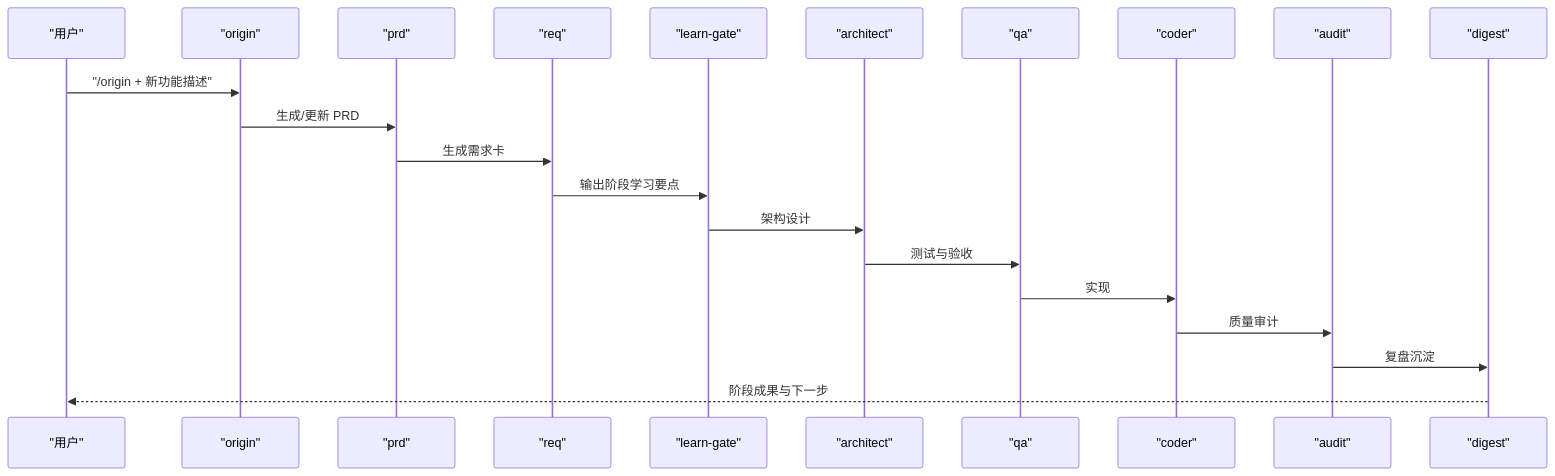
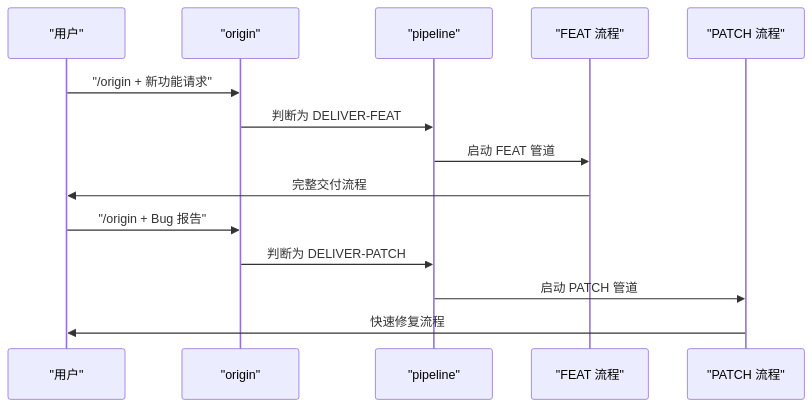
The fifth of 6 diagrams in .qoder/repowiki/zh/content/快速开始.md (CryptoLinxu/Web3-AI-Agent), drawn with Mermaid before and after one commit. The commit also changed other lines of this file and 15 other files, not shown here.

````diff
--- a/.qoder/repowiki/zh/content/快速开始.md
+++ b/.qoder/repowiki/zh/content/快速开始.md
@@ -245,23 +241,16 @@
 ```mermaid
 sequenceDiagram
 participant U as "用户"
 participant ORG as "origin"
-participant PRD as "prd"
-participant REQ as "req"
-participant LG as "learn-gate"
-participant ARCH as "architect"
-participant QA as "qa"
-participant CODER as "coder"
-participant AUDIT as "audit"
-participant DIGEST as "digest"
-U->>ORG : "/origin + 新功能描述"
-ORG->>PRD : 生成/更新 PRD
-PRD->>REQ : 生成需求卡
-REQ->>LG : 输出阶段学习要点
-LG->>ARCH : 架构设计
-ARCH->>QA : 测试与验收
-QA->>CODER : 实现
-CODER->>AUDIT : 质量审计
-AUDIT->>DIGEST : 复盘沉淀
-DIGEST-->>U : 阶段成果与下一步
+participant PIPE as "pipeline"
+participant FEAT as "FEAT 流程"
+participant PATCH as "PATCH 流程"
+U->>ORG : "/origin + 新功能请求"
+ORG->>PIPE : 判断为 DELIVER-FEAT
+PIPE->>FEAT : 启动 FEAT 管道
+FEAT->>U : 完整交付流程
+U->>ORG : "/origin + Bug 报告"
+ORG->>PIPE : 判断为 DELIVER-PATCH
+PIPE->>PATCH : 启动 PATCH 管道
+PATCH->>U : 快速修复流程
 ```
````
